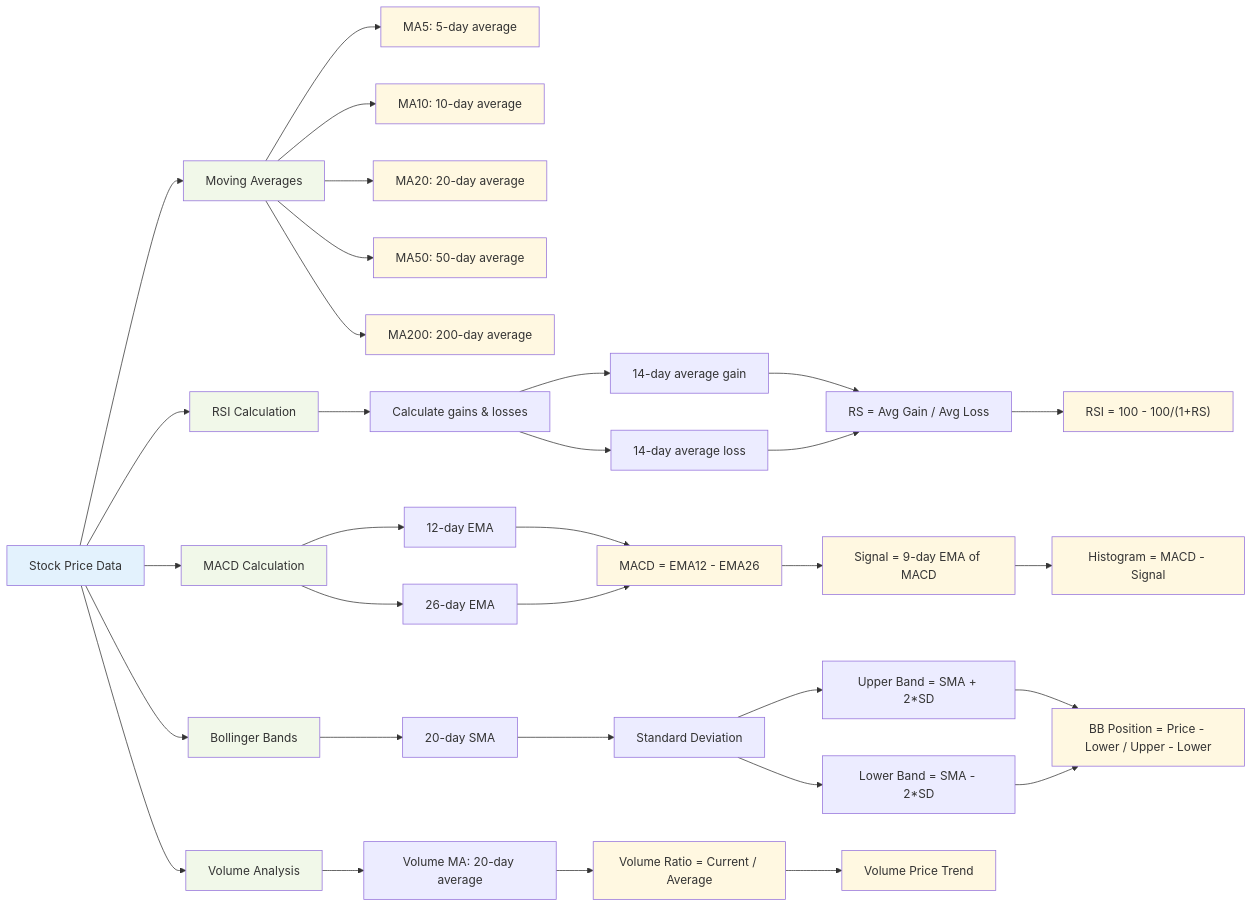
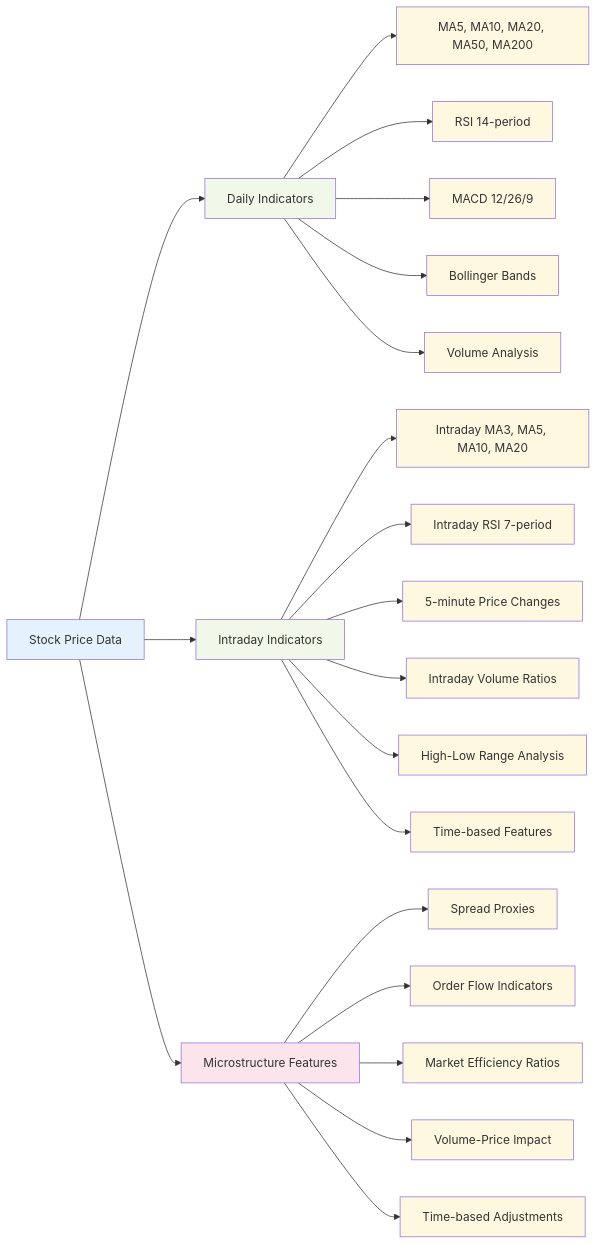
One commit to jeremygonsalves/price-predictor-stocks changed the second of 7 diagrams in LSTM-model.md. Above: the diagram before and after it, drawn with Mermaid. The commit also changed other lines of this file and 8 other files, not shown here.

````diff
--- a/LSTM-model.md
+++ b/LSTM-model.md
@@ -111,47 +159,35 @@
 ```mermaid
 flowchart LR
-    A[Stock Price Data] --> B[Moving Averages]
-    A --> C[RSI Calculation]
-    A --> D[MACD Calculation]
-    A --> E[Bollinger Bands]
-    A --> F[Volume Analysis]
+    A[Stock Price Data] --> B[Daily Indicators]
+    A --> C[Intraday Indicators]
+    A --> D[Microstructure Features]
     
-    B --> B1["MA5: 5-day average"]
-    B --> B2["MA10: 10-day average"]
-    B --> B3["MA20: 20-day average"]
-    B --> B4["MA50: 50-day average"]
-    B --> B5["MA200: 200-day average"]
+    B --> B1["MA5, MA10, MA20, MA50, MA200"]
+    B --> B2["RSI 14-period"]
+    B --> B3["MACD 12/26/9"]
+    B --> B4["Bollinger Bands"]
+    B --> B5["Volume Analysis"]
     
-    C --> C1[Calculate gains & losses]
-    C1 --> C2["14-day average gain"]
-    C1 --> C3["14-day average loss"]
-    C2 --> C4["RS = Avg Gain / Avg Loss"]
-    C3 --> C4
-    C4 --> C5["RSI = 100 - 100/(1+RS)"]
+    C --> C1["Intraday MA3, MA5, MA10, MA20"]
+    C --> C2["Intraday RSI 7-period"]
+    C --> C3["5-minute Price Changes"]
+    C --> C4["Intraday Volume Ratios"]
+    C --> C5["High-Low Range Analysis"]
+    C --> C6["Time-based Features"]
     
-    D --> D1["12-day EMA"]
-    D --> D2["26-day EMA"]
-    D1 --> D3["MACD = EMA12 - EMA26"]
-    D2 --> D3
-    D3 --> D4["Signal = 9-day EMA of MACD"]
-    D4 --> D5["Histogram = MACD - Signal"]
-    
-    E --> E1["20-day SMA"]
-    E1 --> E2[Standard Deviation]
-    E2 --> E3["Upper Band = SMA + 2*SD"]
-    E2 --> E4["Lower Band = SMA - 2*SD"]
-    E3 --> E5["BB Position = Price - Lower / Upper - Lower"]
-    E4 --> E5
-    
-    F --> F1["Volume MA: 20-day average"]
-    F1 --> F2["Volume Ratio = Current / Average"]
-    F2 --> F3[Volume Price Trend]
+    D --> D1["Spread Proxies"]
+    D --> D2["Order Flow Indicators"]
+    D --> D3["Market Efficiency Ratios"]
+    D --> D4["Volume-Price Impact"]
+    D --> D5["Time-based Adjustments"]
     
     classDef indicator fill:#e3f2fd
     classDef calculation fill:#f1f8e9
     classDef result fill:#fff8e1
+    classDef microstructure fill:#fce4ec
     
     class A indicator
-    class B,C,D,E,F calculation
-    class B1,B2,B3,B4,B5,C5,D3,D4,D5,E5,F2,F3 result
+    class B,C calculation
+    class D microstructure
+    class B1,B2,B3,B4,B5,C1,C2,C3,C4,C5,C6,D1,D2,D3,D4,D5 result
 ```
````
